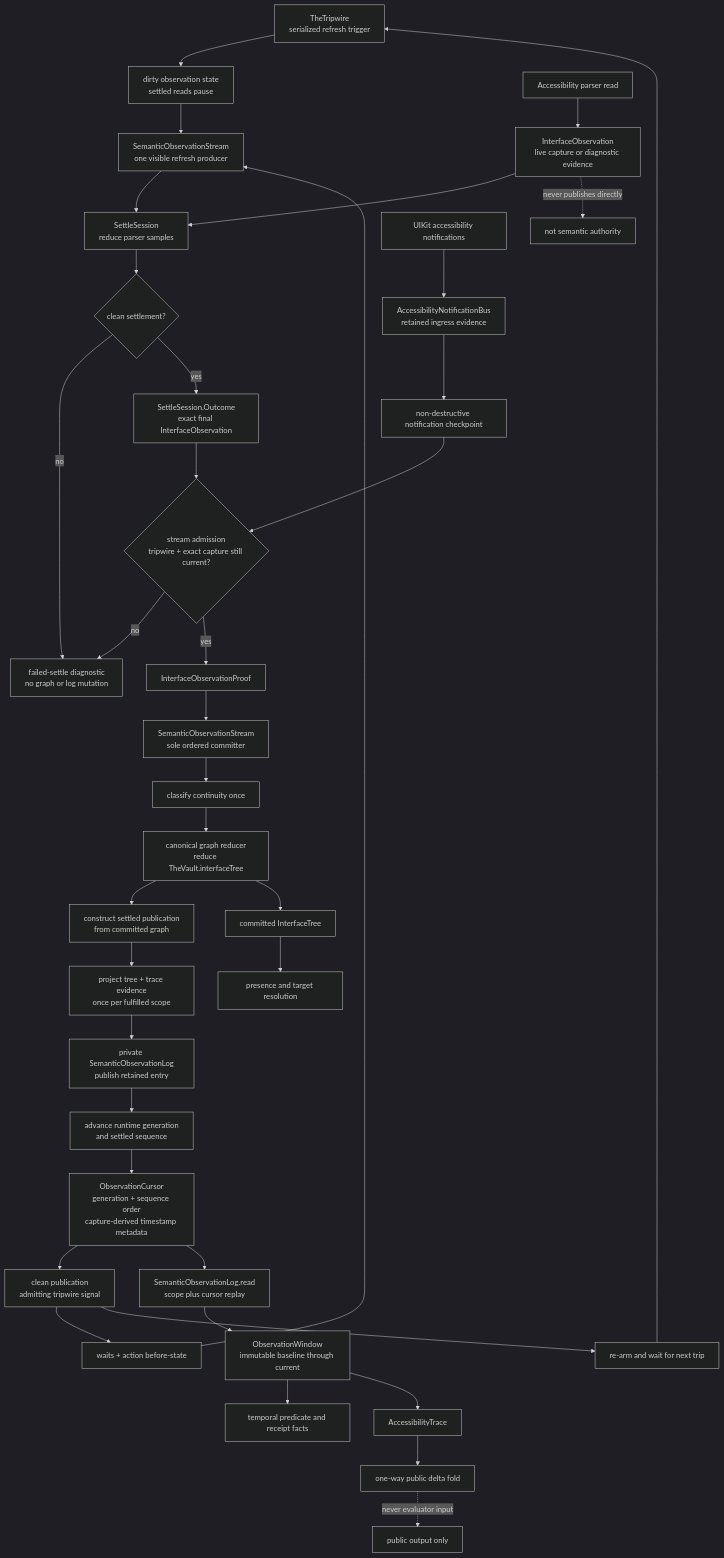
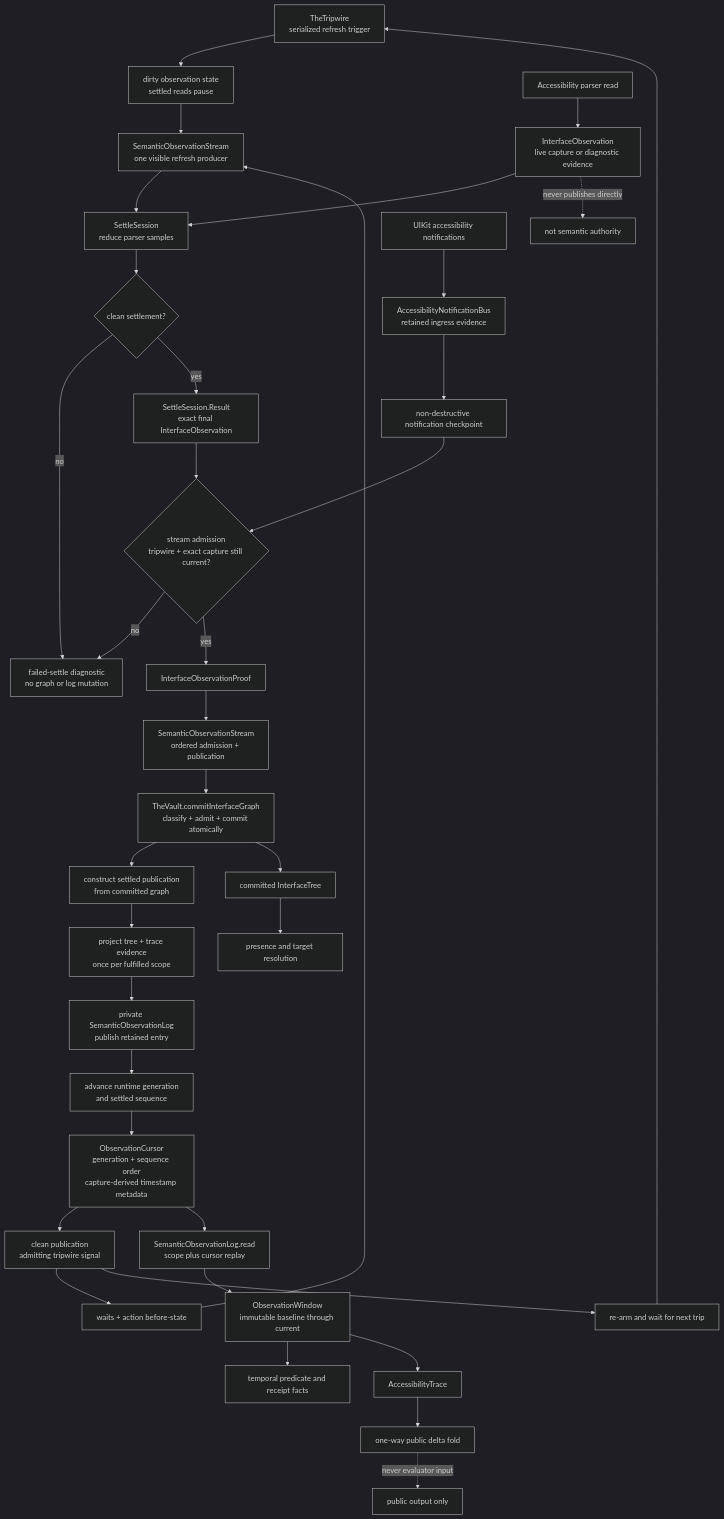
The first of 5 diagrams in docs/diagrams/observation-pipeline.md (RoyalPineapple/TheButtonHeist), drawn with Mermaid (dark theme) before and after one commit. The commit also changed other lines of this file and 70 other files, not shown here.

````diff
--- a/docs/diagrams/observation-pipeline.md
+++ b/docs/diagrams/observation-pipeline.md
@@ -32,41 +32,40 @@
 ```mermaid
 flowchart TD
     Tripwire["TheTripwire<br/>serialized refresh trigger"] --> Dirty["dirty observation state<br/>settled reads pause"]
     Dirty --> Producer["SemanticObservationStream<br/>one visible refresh producer"]
     Consumers["waits + action before-state"] --> Producer
     Producer --> Settle
     Parser["Accessibility parser read"] --> Raw["InterfaceObservation<br/>live capture or diagnostic evidence"]
     Raw --> Settle["SettleSession<br/>reduce parser samples"]
     Raw -. "never publishes directly" .-> NoAuthority["not semantic authority"]
     Signals["UIKit accessibility notifications"] --> Bus["AccessibilityNotificationBus<br/>retained ingress evidence"]
     Bus --> Checkpoint["non-destructive notification checkpoint"]
     Checkpoint --> Admission
     Settle --> Clean{"clean settlement?"}
     Clean -->|no| Diagnostic["failed-settle diagnostic<br/>no graph or log mutation"]
-    Clean -->|yes| Outcome["SettleSession.Outcome<br/>exact final InterfaceObservation"]
+    Clean -->|yes| Outcome["SettleSession.Result<br/>exact final InterfaceObservation"]
     Outcome --> Admission{"stream admission<br/>tripwire + exact capture still current?"}
     Admission -->|no| Diagnostic
     Admission -->|yes| Proof["InterfaceObservationProof"]
 
-    Proof --> Committer["SemanticObservationStream<br/>sole ordered committer"]
-    Committer --> Continuity["classify continuity once"]
-    Continuity --> Graph["canonical graph reducer<br/>reduce TheVault.interfaceTree"]
+    Proof --> Committer["SemanticObservationStream<br/>ordered admission + publication"]
+    Committer --> Graph["TheVault.commitInterfaceGraph<br/>classify + admit + commit atomically"]
     Graph --> Publication["construct settled publication<br/>from committed graph"]
     Publication --> Scope["project tree + trace evidence<br/>once per fulfilled scope"]
     Scope --> Log["private SemanticObservationLog<br/>publish retained entry"]
     Log --> Runtime["advance runtime generation<br/>and settled sequence"]
     Runtime --> Cursor["ObservationCursor<br/>generation + sequence order<br/>capture-derived timestamp metadata"]
     Cursor --> Seal["clean publication<br/>admitting tripwire signal"]
     Seal --> Consumers
     Seal --> Armed["re-arm and wait for next trip"]
     Armed --> Tripwire
     Cursor --> Entries["SemanticObservationLog.read<br/>scope plus cursor replay"]
 
     Current["committed InterfaceTree"] --> Presence["presence and target resolution"]
     Graph --> Current
     Entries --> Window["ObservationWindow<br/>immutable baseline through current"]
     Window --> Temporal["temporal predicate and receipt facts"]
     Window --> Trace["AccessibilityTrace"]
     Trace --> Delta["one-way public delta fold"]
     Delta -. "never evaluator input" .-> Output["public output only"]
 ```
````
